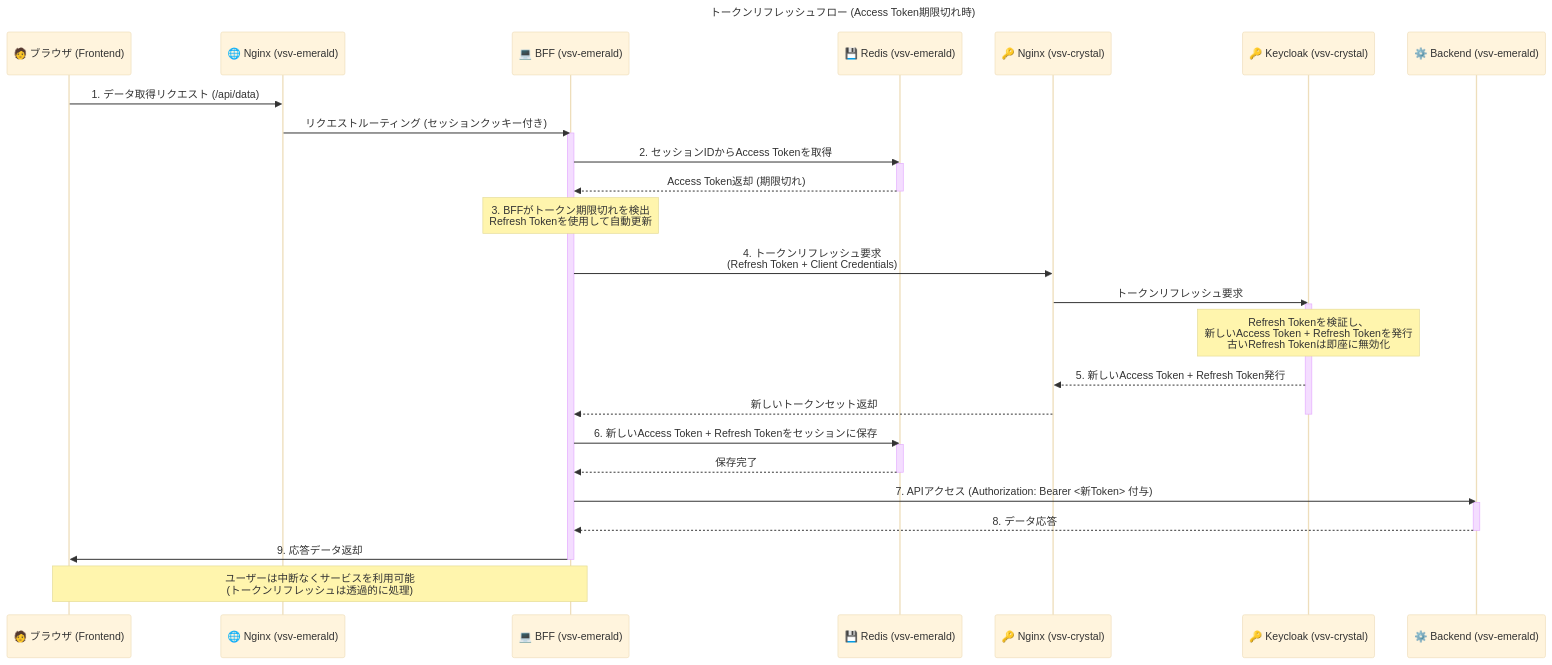
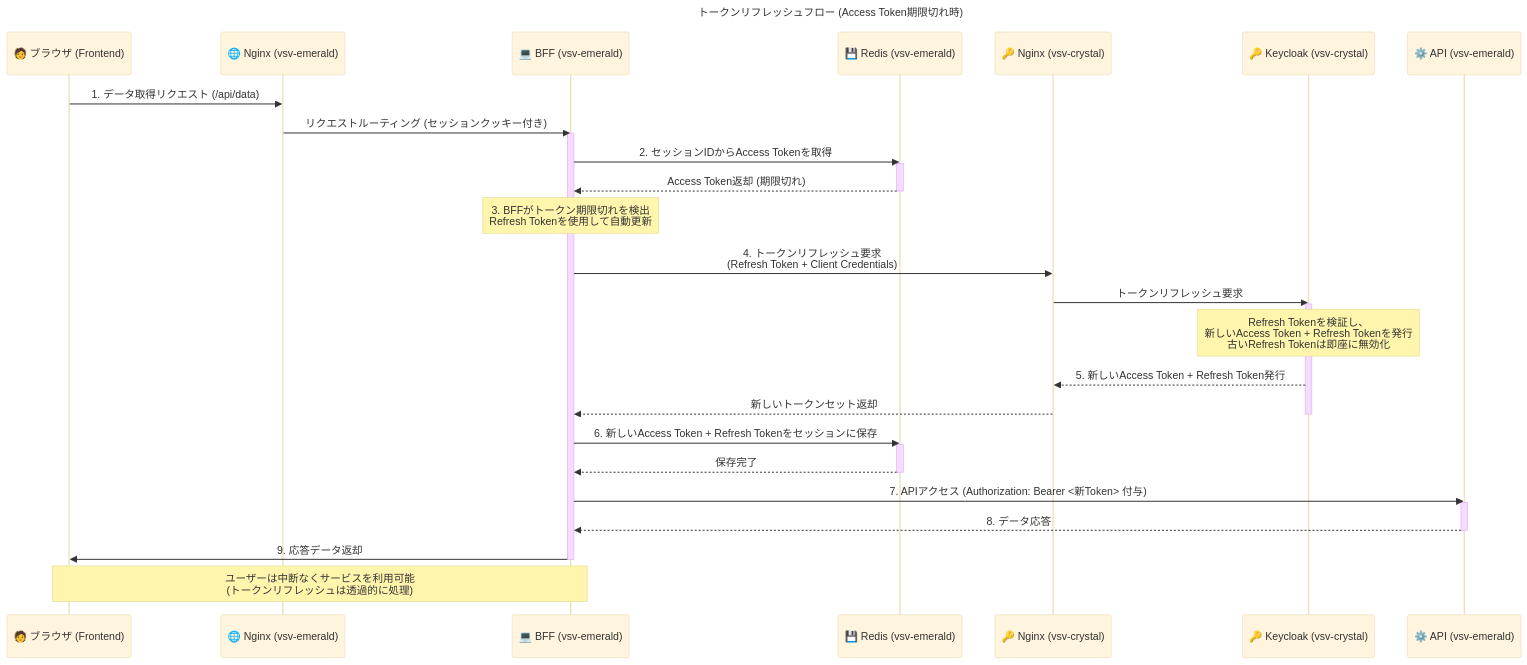
One commit to Ndia-R/api-gateway-bff changed the fifth of 5 diagrams in system-architecture-overview-vps2.md. Above: the diagram before and after it, drawn with Mermaid (base theme). The commit also changed other lines of this file and 59 other files, not shown here.

````diff
--- a/system-architecture-overview-vps2.md
+++ b/system-architecture-overview-vps2.md
@@ -274,45 +303,45 @@
 ```mermaid
 sequenceDiagram
     participant Browser as 🧑 ブラウザ (Frontend)
     participant Nginx_V2 as 🌐 Nginx (vsv-emerald)
     participant BFF as 💻 BFF (vsv-emerald)
     participant Redis as 💾 Redis (vsv-emerald)
     participant Nginx_V1 as 🔑 Nginx (vsv-crystal)
     participant Keycloak as 🔑 Keycloak (vsv-crystal)
-    participant Backend as ⚙️ Backend (vsv-emerald)
+    participant API as ⚙️ API (vsv-emerald)
 
     title トークンリフレッシュフロー (Access Token期限切れ時)
 
     Browser->>Nginx_V2: 1. データ取得リクエスト (/api/data)
     Nginx_V2->>BFF: リクエストルーティング (セッションクッキー付き)
     activate BFF
     BFF->>Redis: 2. セッションIDからAccess Tokenを取得
     activate Redis
     Redis-->>BFF: Access Token返却 (期限切れ)
     deactivate Redis
 
-    Note over BFF: 3. BFFがトークン期限切れを検出<br/>Refresh Tokenを使用して自動更新
+    Note over BFF: 3. BFFがトークン期限切れを検出<br>Refresh Tokenを使用して自動更新
 
-    BFF->>Nginx_V1: 4. トークンリフレッシュ要求<br/>(Refresh Token + Client Credentials)
+    BFF->>Nginx_V1: 4. トークンリフレッシュ要求<br>(Refresh Token + Client Credentials)
     Nginx_V1->>Keycloak: トークンリフレッシュ要求
     activate Keycloak
-    Note over Keycloak: Refresh Tokenを検証し、<br/>新しいAccess Token + Refresh Tokenを発行<br/>古いRefresh Tokenは即座に無効化
+    Note over Keycloak: Refresh Tokenを検証し、<br>新しいAccess Token + Refresh Tokenを発行<br>古いRefresh Tokenは即座に無効化
     Keycloak-->>Nginx_V1: 5. 新しいAccess Token + Refresh Token発行
     Nginx_V1-->>BFF: 新しいトークンセット返却
     deactivate Keycloak
 
     BFF->>Redis: 6. 新しいAccess Token + Refresh Tokenをセッションに保存
     activate Redis
     Redis-->>BFF: 保存完了
     deactivate Redis
 
-    BFF->>Backend: 7. APIアクセス (Authorization: Bearer <新Token> 付与)
-    activate Backend
-    Backend-->>BFF: 8. データ応答
-    deactivate Backend
+    BFF->>API: 7. APIアクセス (Authorization: Bearer <新Token> 付与)
+    activate API
+    API-->>BFF: 8. データ応答
+    deactivate API
 
     BFF->>Browser: 9. 応答データ返却
     deactivate BFF
 
-    Note over Browser,BFF: ユーザーは中断なくサービスを利用可能<br/>(トークンリフレッシュは透過的に処理)
+    Note over Browser,BFF: ユーザーは中断なくサービスを利用可能<br>(トークンリフレッシュは透過的に処理)
 ```
````
